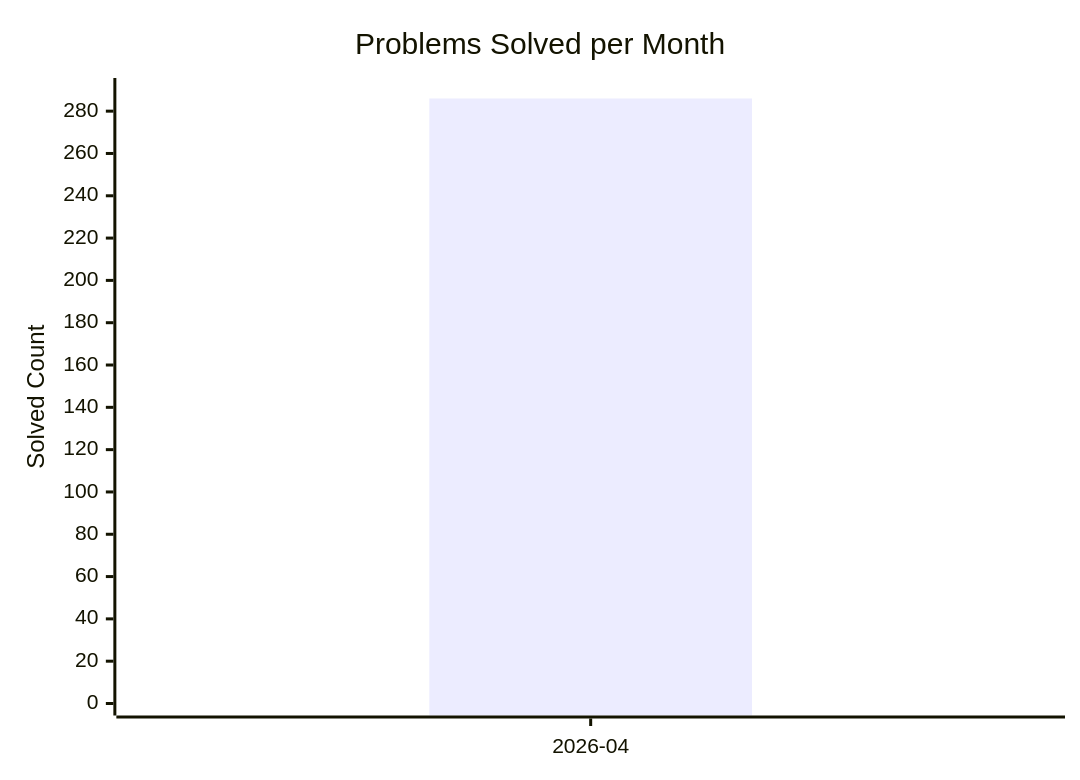
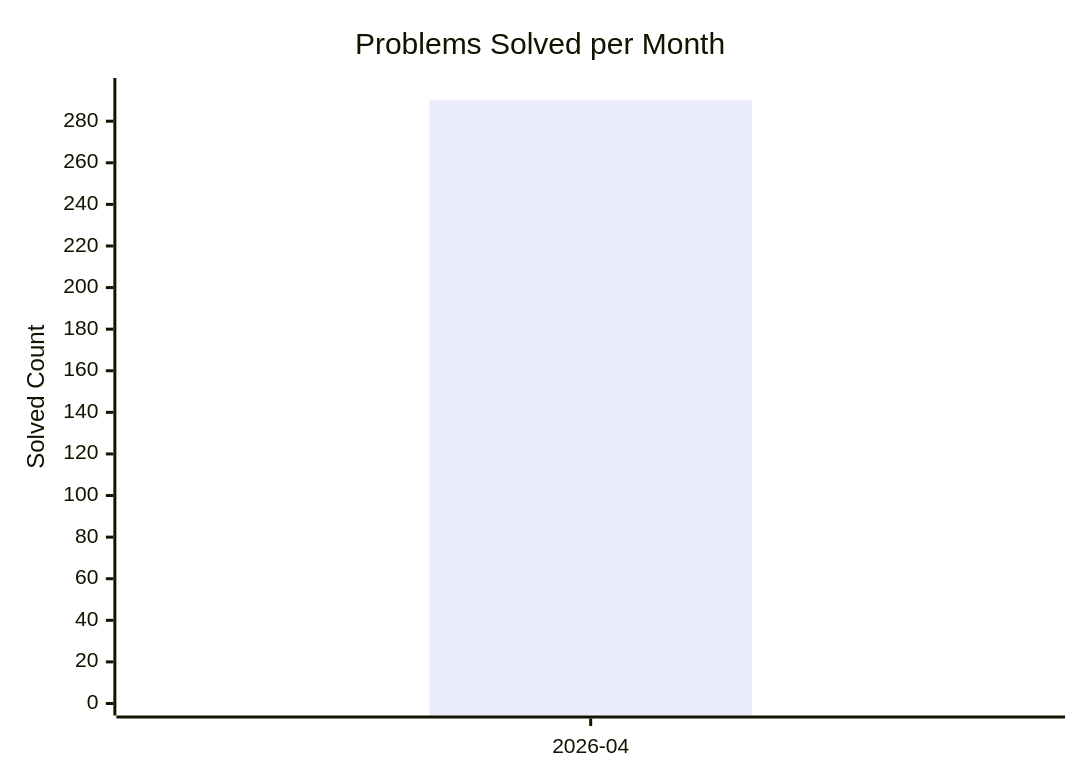
The diagram in dashboard.md (AdityaPandey-DEV/CP-Progress-Sync), drawn with Mermaid before and after one commit. The commit also changed other lines of this file, not shown here.

Commit message:
Auto-update CP dashboard [skip ci]

````diff
--- a/dashboard.md
+++ b/dashboard.md
@@ -8,8 +8,8 @@
 ```mermaid
 xychart-beta
     title "Problems Solved per Month"
     x-axis ["2026-04"]
-    y-axis "Solved Count" 0 --> 290
-    bar [286]
-    line [286]
+    y-axis "Solved Count" 0 --> 295
+    bar [290]
+    line [290]
 ```
````
